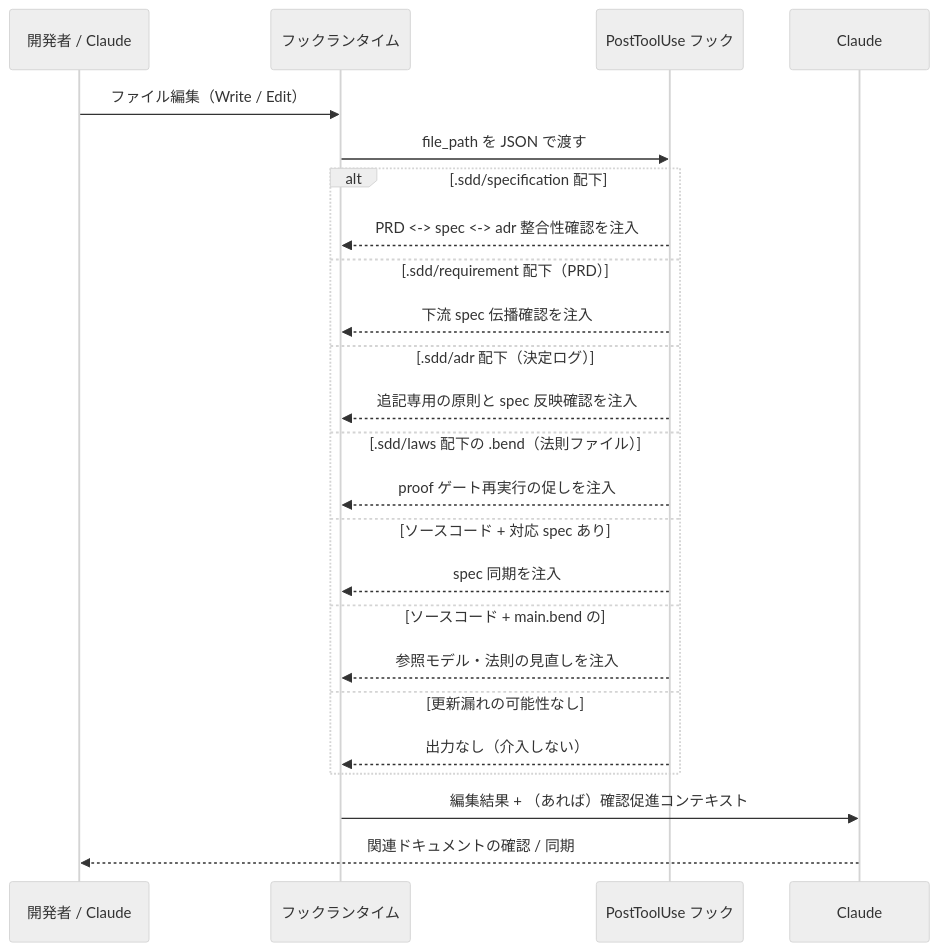
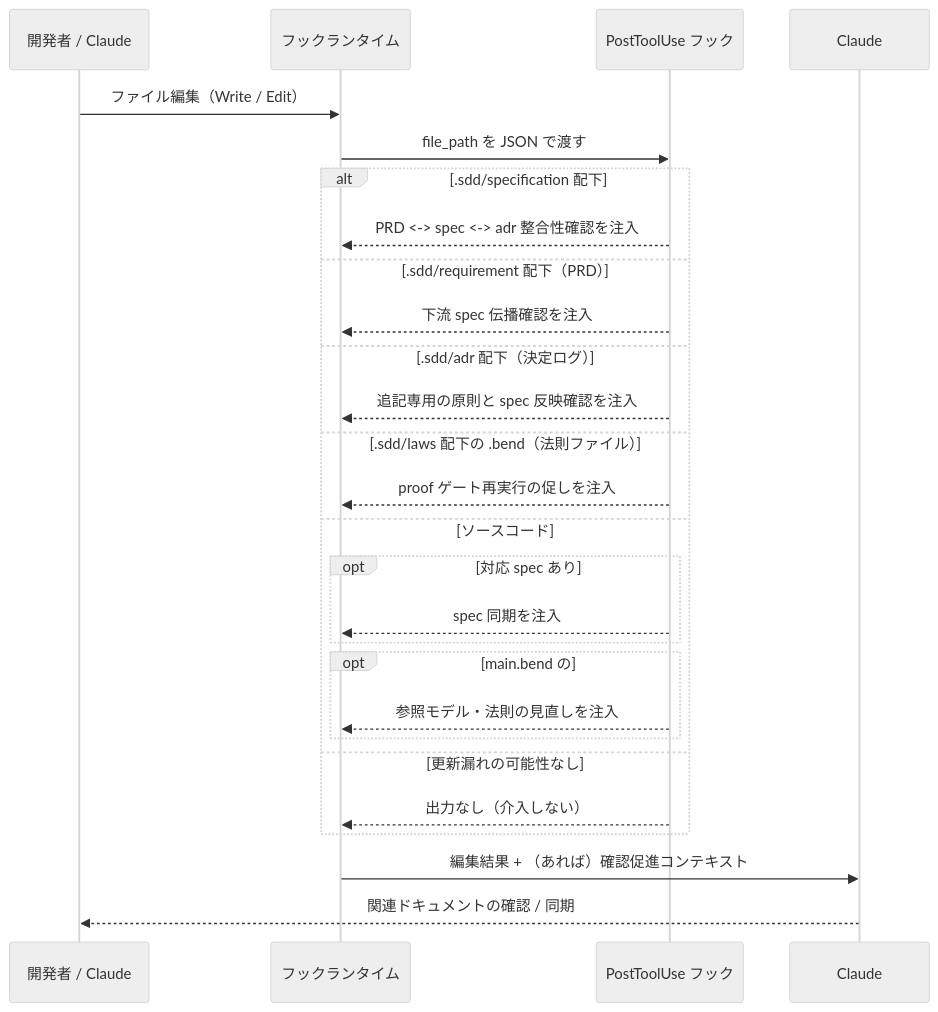
Before and after one commit to ToshikiImagawa/ai-sdd-workflow-dev: the diagram in .sdd/specification/quality-guardrails/stale-doc-detection_spec.md, drawn with Mermaid (neutral theme). The commit also changed other lines of this file and 8 other files, not shown here.

````diff
--- a/.sdd/specification/quality-guardrails/stale-doc-detection_spec.md
+++ b/.sdd/specification/quality-guardrails/stale-doc-detection_spec.md
@@ -164,27 +164,30 @@
 ```mermaid
 sequenceDiagram
     participant User as 開発者 / Claude
     participant Runtime as フックランタイム
     participant Hook as PostToolUse フック
     participant Claude as Claude
 
     User ->> Runtime: ファイル編集（Write / Edit）
     Runtime ->> Hook: file_path を JSON で渡す
     alt .sdd/specification 配下
         Hook -->> Runtime: PRD <-> spec <-> adr 整合性確認を注入
     else .sdd/requirement 配下（PRD）
         Hook -->> Runtime: 下流 spec 伝播確認を注入
     else .sdd/adr 配下（決定ログ）
         Hook -->> Runtime: 追記専用の原則と spec 反映確認を注入
     else .sdd/laws 配下の .bend（法則ファイル）
         Hook -->> Runtime: proof ゲート再実行の促しを注入
-    else ソースコード + 対応 spec あり
-        Hook -->> Runtime: spec 同期を注入
-    else ソースコード + main.bend の # model-of: に一致
-        Hook -->> Runtime: 参照モデル・法則の見直しを注入
+    else ソースコード
+        opt 対応 spec あり
+            Hook -->> Runtime: spec 同期を注入
+        end
+        opt main.bend の # model-of: に一致
+            Hook -->> Runtime: 参照モデル・法則の見直しを注入
+        end
     else 更新漏れの可能性なし
         Hook -->> Runtime: 出力なし（介入しない）
     end
     Runtime ->> Claude: 編集結果 + （あれば）確認促進コンテキスト
     Claude -->> User: 関連ドキュメントの確認 / 同期
 ```
````
